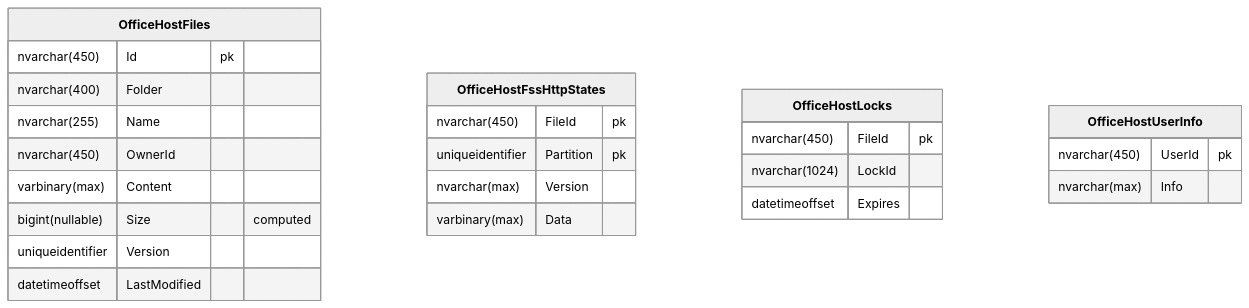
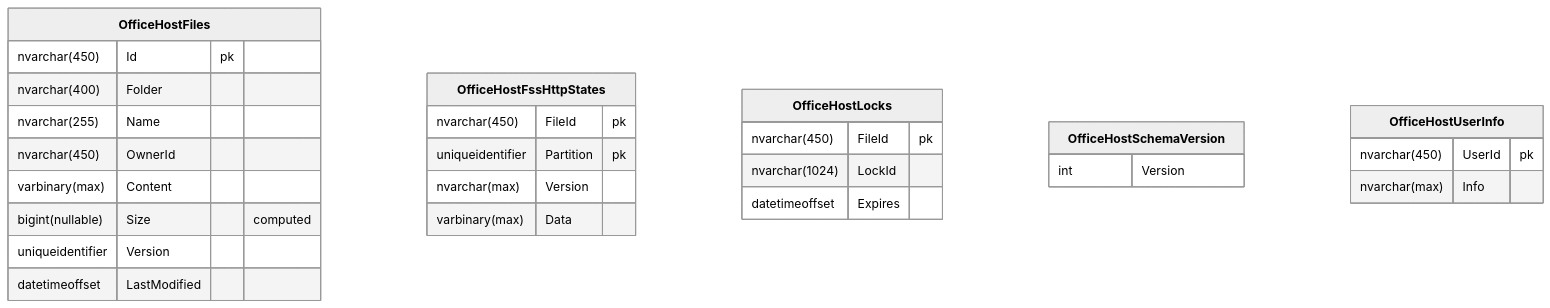
Before and after one commit to Papyrine/OfficeHost: the diagram in docs/sqlserver-tables.include.md, drawn with Mermaid (neutral theme). The commit also changed 43 other files, not shown here.

````diff
--- a/docs/sqlserver-tables.include.md
+++ b/docs/sqlserver-tables.include.md
@@ -2,28 +2,31 @@
 ```mermaid
 erDiagram
   OfficeHostFiles["**OfficeHostFiles**"] {
     nvarchar(450) Id pk
     nvarchar(400) Folder
     nvarchar(255) Name
     nvarchar(450) OwnerId
     varbinary(max) Content
     bigint(nullable) Size "computed"
     uniqueidentifier Version
     datetimeoffset LastModified
   }
   OfficeHostFssHttpStates["**OfficeHostFssHttpStates**"] {
     nvarchar(450) FileId pk
     uniqueidentifier Partition pk
     nvarchar(max) Version
     varbinary(max) Data
   }
   OfficeHostLocks["**OfficeHostLocks**"] {
     nvarchar(450) FileId pk
     nvarchar(1024) LockId
     datetimeoffset Expires
   }
+  OfficeHostSchemaVersion["**OfficeHostSchemaVersion**"] {
+    int Version
+  }
   OfficeHostUserInfo["**OfficeHostUserInfo**"] {
     nvarchar(450) UserId pk
     nvarchar(max) Info
   }
 ```
````
